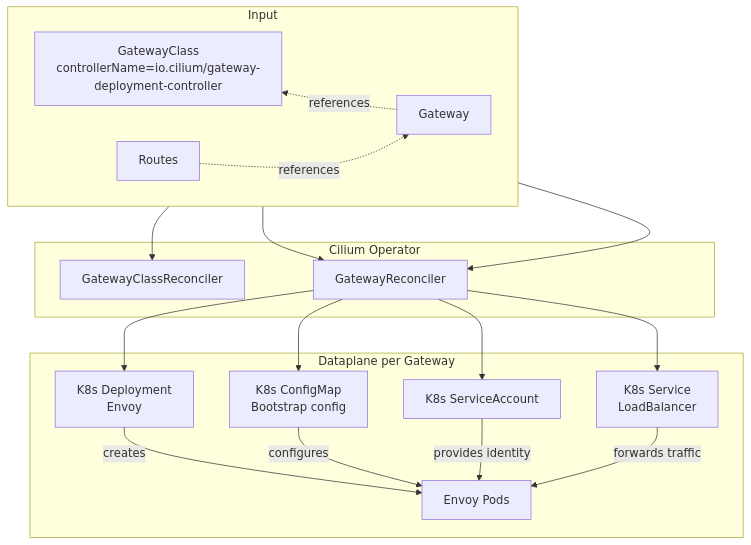
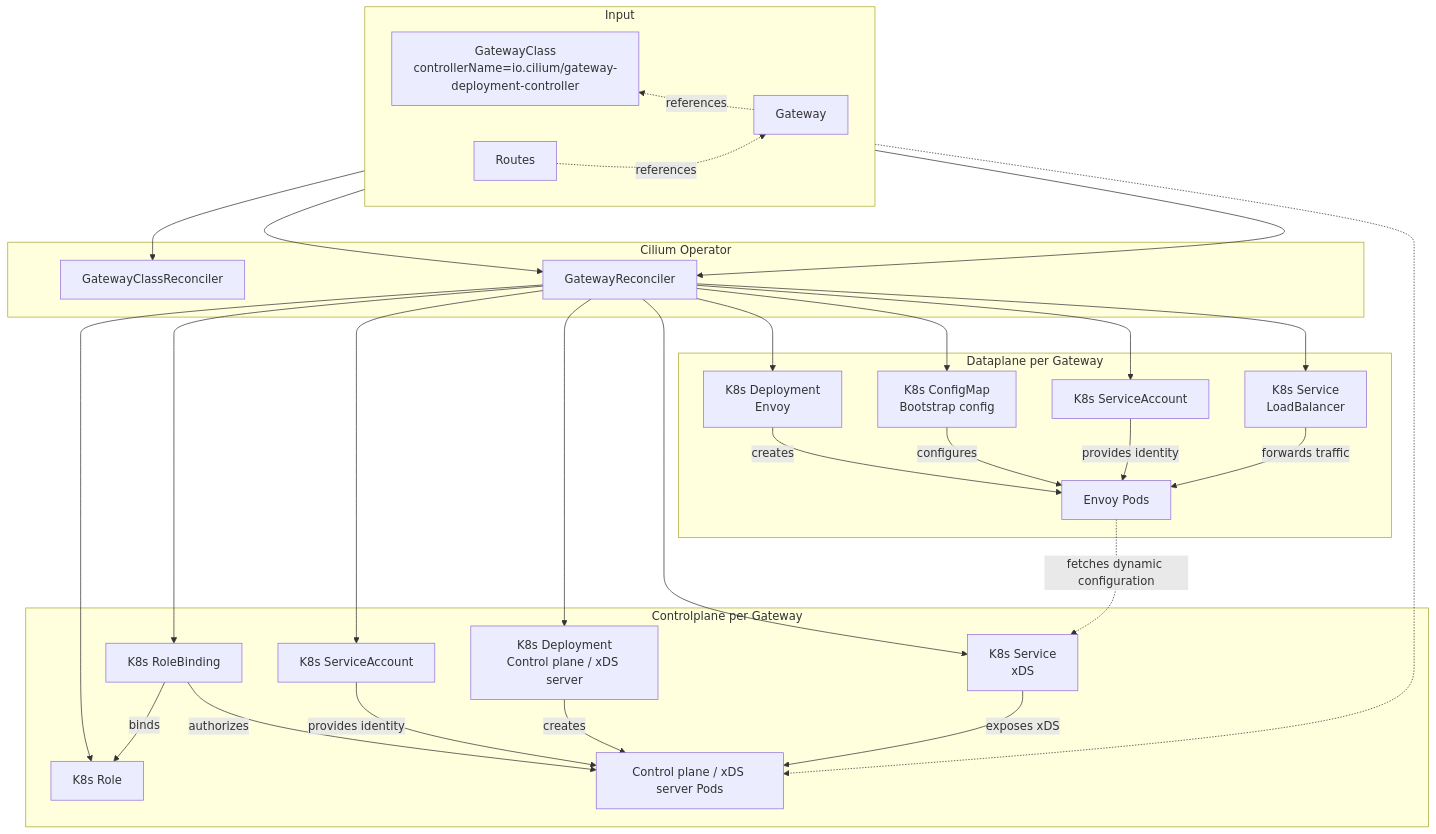
One commit to devodev/cilium changed the diagram in enterprise/operator/pkg/gateway-api/deployment/README.md. Above: the diagram before and after it, drawn with Mermaid. The commit also changed other lines of this file and 28 other files, not shown here.

First line of the commit message:
gateway-api: reconcile controlplane deployment resources in operator

````diff
--- a/enterprise/operator/pkg/gateway-api/deployment/README.md
+++ b/enterprise/operator/pkg/gateway-api/deployment/README.md
@@ -14,40 +14,63 @@
 ```mermaid
 flowchart TD
     subgraph Input["Input"]
         direction LR
         GC[GatewayClass<br/>controllerName=io.cilium/gateway-deployment-controller]
         GW[Gateway]
         R[Routes]
         GC ~~~ GW
         R ~~~ GW
     end
 
     subgraph Operator["Cilium Operator"]
         GCR[GatewayClassReconciler]
         PGR[GatewayReconciler]
     end
 
     subgraph Dataplane["Dataplane per Gateway"]
         CM[K8s ConfigMap<br/>Bootstrap config]
         SA[K8s ServiceAccount]
         DEP[K8s Deployment<br/>Envoy]
         SVC[K8s Service<br/>LoadBalancer]
         POD[Envoy Pods]
     end
 
+    subgraph Controlplane["Controlplane per Gateway"]
+        CPSA[K8s ServiceAccount]
+        CPR[K8s Role]
+        CPRB[K8s RoleBinding]
+        CPDEP[K8s Deployment<br/>Control plane / xDS server]
+        CPSVC[K8s Service<br/>xDS]
+        CPPOD[Control plane / xDS server Pods]
+    end
+
     GW -. references .-> GC
     R -. references .-> GW
     GC --> GCR
     GW --> PGR
     GC --> PGR
 
     PGR --> CM
     PGR --> SA
     PGR --> DEP
     PGR --> SVC
 
     DEP -->|creates| POD
     CM -->|configures| POD
     SA -->|provides identity| POD
     SVC -->|forwards traffic| POD
+
+    PGR --> CPSA
+    PGR --> CPR
+    PGR --> CPRB
+    PGR --> CPDEP
+    PGR --> CPSVC
+
+    CPRB -->|binds| CPR
+    CPRB -->|authorizes| CPPOD
+    CPSA -->|provides identity| CPPOD
+    CPDEP -->|creates| CPPOD
+    CPSVC -->|exposes xDS| CPPOD
+    GW -.-> CPPOD
+    POD -. fetches dynamic configuration .-> CPSVC
 ```
````
